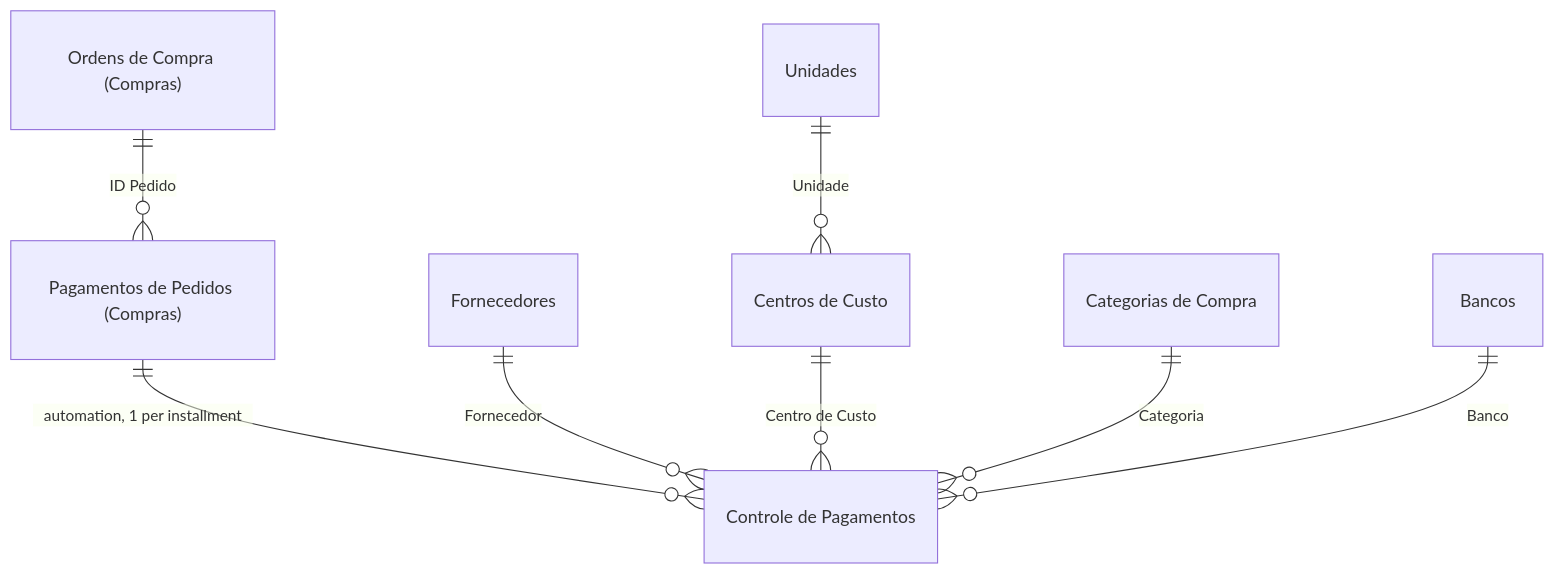
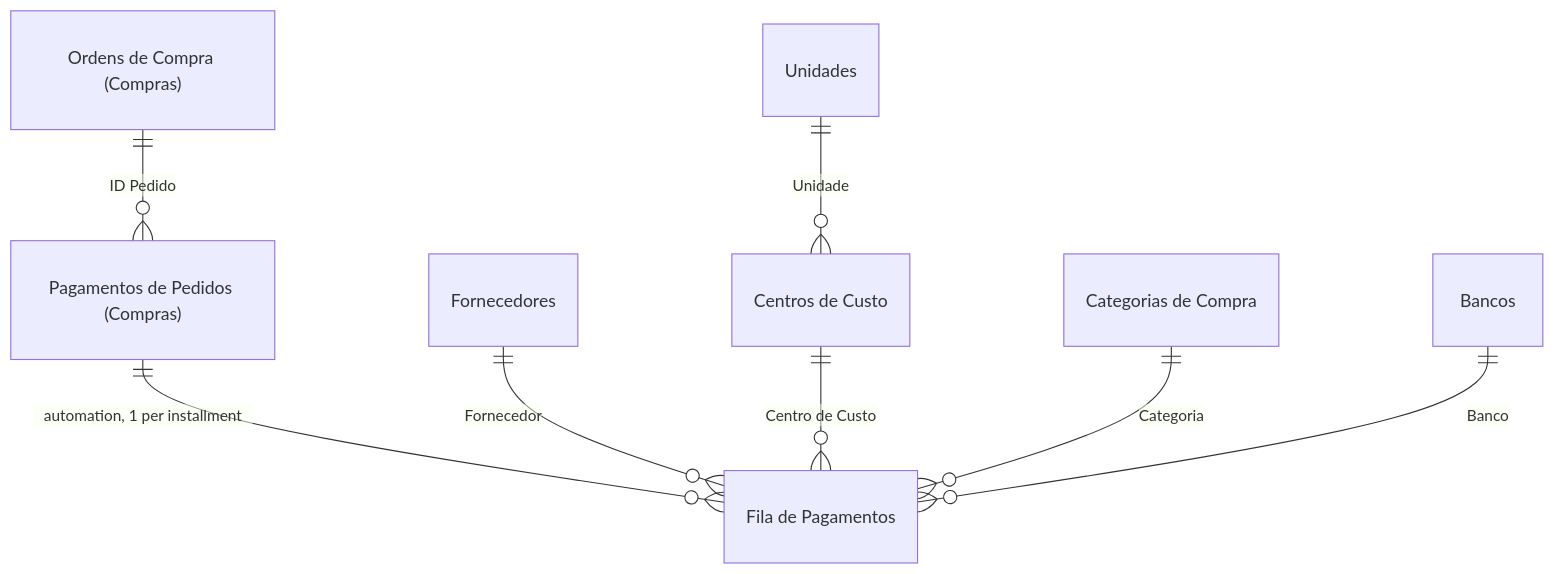
The third of 3 diagrams in public/projects/bello-financeiro/content/en.md (zenvv/portifolio), drawn with Mermaid before and after one commit. The commit also changed other lines of this file and 76 other files, not shown here.

````diff
--- a/public/projects/bello-financeiro/content/en.md
+++ b/public/projects/bello-financeiro/content/en.md
@@ -66,10 +68,10 @@
 ```mermaid
 erDiagram
     "Ordens de Compra (Compras)" ||--o{ "Pagamentos de Pedidos (Compras)" : "ID Pedido"
-    "Pagamentos de Pedidos (Compras)" ||--o{ "Controle de Pagamentos" : "automation, 1 per installment"
-    "Fornecedores" ||--o{ "Controle de Pagamentos" : "Fornecedor"
-    "Centros de Custo" ||--o{ "Controle de Pagamentos" : "Centro de Custo"
-    "Categorias de Compra" ||--o{ "Controle de Pagamentos" : "Categoria"
-    "Bancos" ||--o{ "Controle de Pagamentos" : "Banco"
+    "Pagamentos de Pedidos (Compras)" ||--o{ "Fila de Pagamentos" : "automation, 1 per installment"
+    "Fornecedores" ||--o{ "Fila de Pagamentos" : "Fornecedor"
+    "Centros de Custo" ||--o{ "Fila de Pagamentos" : "Centro de Custo"
+    "Categorias de Compra" ||--o{ "Fila de Pagamentos" : "Categoria"
+    "Bancos" ||--o{ "Fila de Pagamentos" : "Banco"
     "Unidades" ||--o{ "Centros de Custo" : "Unidade"
 ```
````
